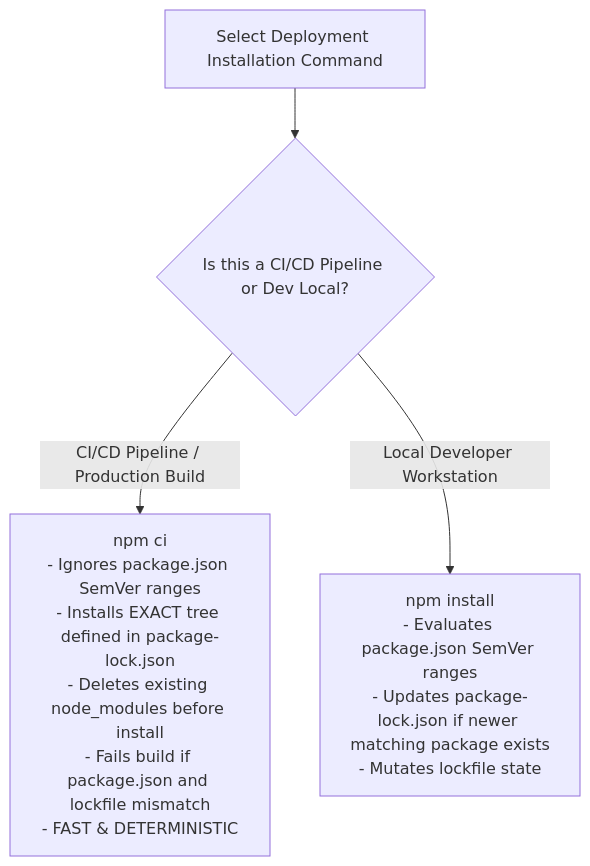
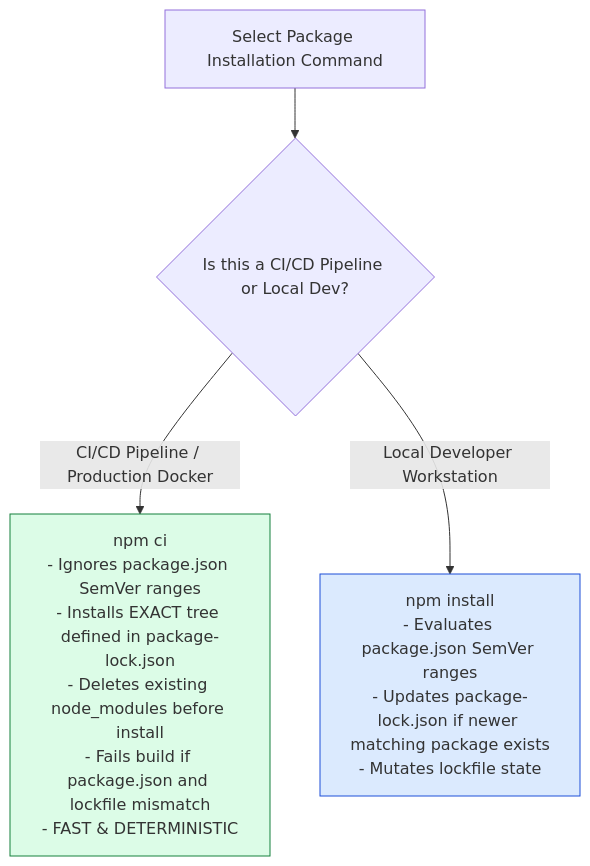
Before and after one commit to Amie-dev/engineering-playbook: the second of 3 diagrams in nodejs-notes/27-npm-and-packages.md, drawn with Mermaid. The commit also changed other lines of this file and 31 other files, not shown here.

````diff
--- a/nodejs-notes/27-npm-and-packages.md
+++ b/nodejs-notes/27-npm-and-packages.md
@@ -35,8 +39,11 @@
 ```mermaid
 flowchart TD
-    InstallType[Select Deployment Installation Command] --> CommandCheck{Is this a CI/CD Pipeline or Dev Local?}
+    InstallType[Select Package Installation Command] --> CommandCheck{Is this a CI/CD Pipeline or Local Dev?}
     
-    CommandCheck -- CI/CD Pipeline / Production Build --> NpmCI["npm ci<br/>- Ignores package.json SemVer ranges<br/>- Installs EXACT tree defined in package-lock.json<br/>- Deletes existing node_modules before install<br/>- Fails build if package.json and lockfile mismatch<br/>- FAST & DETERMINISTIC"]
+    CommandCheck -- CI/CD Pipeline / Production Docker --> NpmCI["npm ci<br/>- Ignores package.json SemVer ranges<br/>- Installs EXACT tree defined in package-lock.json<br/>- Deletes existing node_modules before install<br/>- Fails build if package.json and lockfile mismatch<br/>- FAST & DETERMINISTIC"]
 
     CommandCheck -- Local Developer Workstation --> NpmInstall["npm install<br/>- Evaluates package.json SemVer ranges<br/>- Updates package-lock.json if newer matching package exists<br/>- Mutates lockfile state"]
+
+    style NpmCI fill:#dcfce7,stroke:#15803d
+    style NpmInstall fill:#dbeafe,stroke:#1d4ed8
 ```
````
